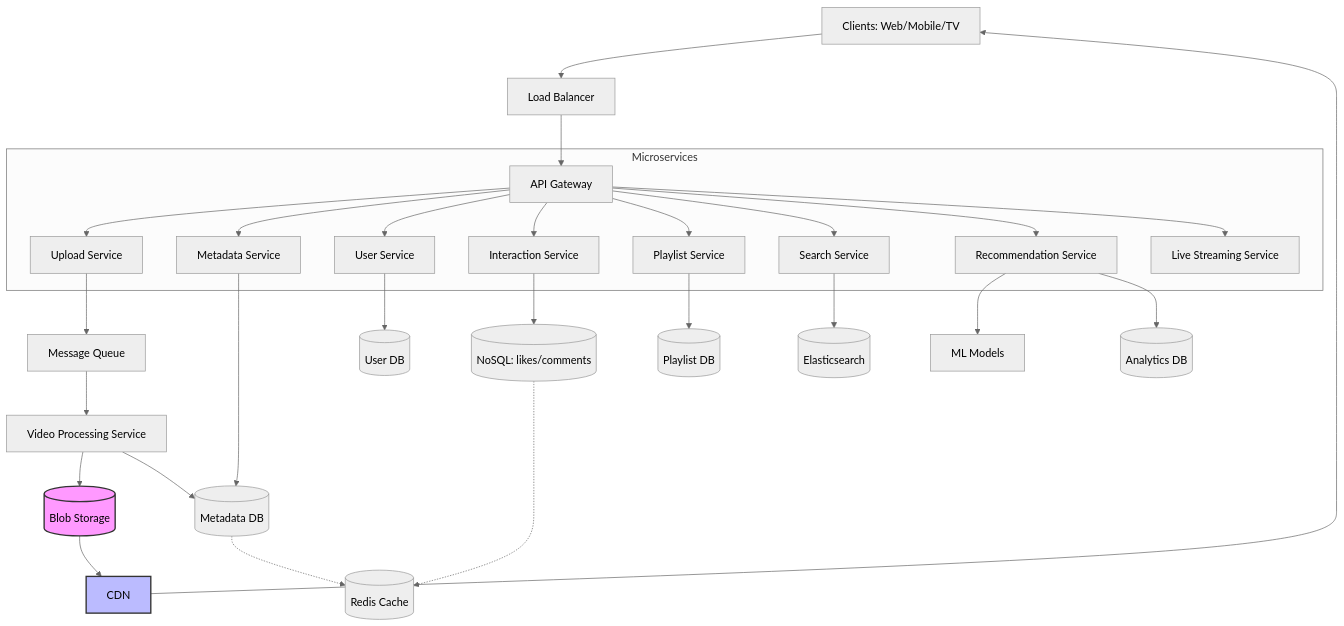
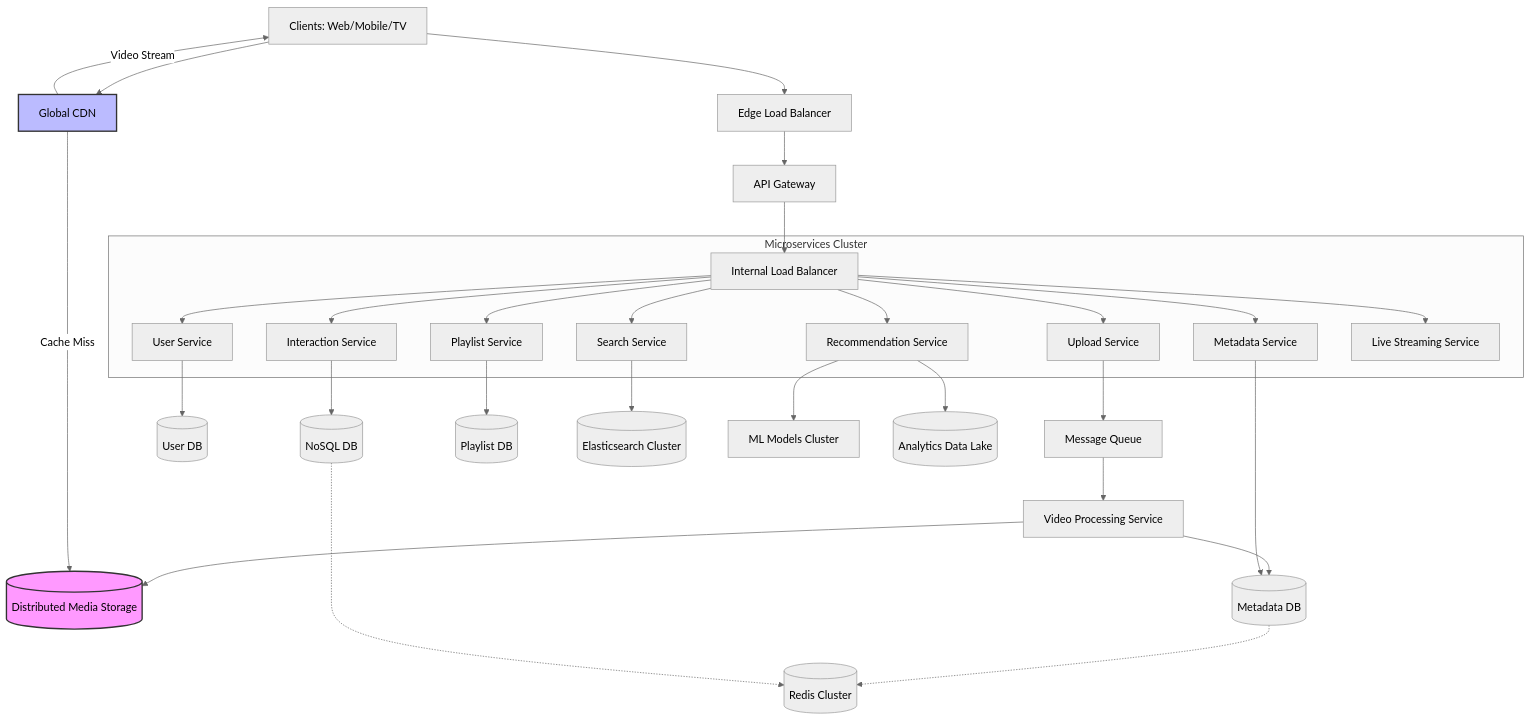
Before and after one commit to jwm1rr0rb10/FAANG-MANGO-interview: the first of 2 diagrams in backend/system-design/Consumer-ScaleSystem & Real-Time Features/Design YouTube /READMEru.md, drawn with Mermaid (neutral theme).

Commit message:
[FAANG/MANGO ] feat: upload new topics for system design and algo, bit manipulation and cryptography

````diff
--- a/backend/system-design/Consumer-ScaleSystem & Real-Time Features/Design YouTube /READMEru.md
+++ b/backend/system-design/Consumer-ScaleSystem & Real-Time Features/Design YouTube /READMEru.md
@@ -77,38 +77,46 @@
 ```mermaid
 graph TD
-    Client[Clients: Web/Mobile/TV] --> LB[Load Balancer]
-    LB --> API[API Gateway]
-    
-    subgraph "Microservices"
-        API --> Upload[Upload Service]
-        API --> Meta[Metadata Service]
-        API --> User[User Service]
-        API --> Interaction[Interaction Service]
-        API --> Playlist[Playlist Service]
-        API --> Search[Search Service]
-        API --> Rec[Recommendation Service]
-        API --> Live[Live Streaming Service]
+    Client[Clients: Web/Mobile/TV] --> EdgeLB[Edge Load Balancer]
+    EdgeLB --> APIGW[API Gateway]
+
+    APIGW --> InternalLB[Internal Load Balancer]
+
+    subgraph "Microservices Cluster"
+        InternalLB --> Upload[Upload Service]
+        InternalLB --> Meta[Metadata Service]
+        InternalLB --> User[User Service]
+        InternalLB --> Interaction[Interaction Service]
+        InternalLB --> Playlist[Playlist Service]
+        InternalLB --> Search[Search Service]
+        InternalLB --> Rec[Recommendation Service]
+        InternalLB --> Live[Live Streaming Service]
     end
-    
+
+    %% Upload pipeline
     Upload --> Queue[Message Queue]
     Queue --> Processor[Video Processing Service]
-    Processor --> BlobStore[(Blob Storage)]
+    Processor --> MediaStorage[(Distributed Media Storage)]
     Processor --> MetaDB[(Metadata DB)]
-    
-    BlobStore --> CDN[CDN]
-    CDN --> Client
-    
+
+    %% Video delivery path
+    Client --> CDN[Global CDN]
+    CDN -->|Cache Miss| MediaStorage
+    CDN -->|Video Stream| Client
+
+    %% Data services
     Meta --> MetaDB
     User --> UserDB[(User DB)]
-    Interaction --> NoSQL[(NoSQL: likes/comments)]
+    Interaction --> NoSQL[(NoSQL DB)]
     Playlist --> PlaylistDB[(Playlist DB)]
-    Search --> Elastic[(Elasticsearch)]
-    Rec --> ML[ML Models]
-    Rec --> Analytics[(Analytics DB)]
-    
-    MetaDB -.-> Cache[(Redis Cache)]
-    NoSQL -.-> Cache
-    
-    style BlobStore fill:#f9f,stroke:#333,stroke-width:2px
+    Search --> Elastic[(Elasticsearch Cluster)]
+    Rec --> ML[ML Models Cluster]
+    Rec --> Analytics[(Analytics Data Lake)]
+
+    %% Cache layer
+    MetaDB -.-> Redis[(Redis Cluster)]
+    NoSQL -.-> Redis
+
+    style MediaStorage fill:#f9f,stroke:#333,stroke-width:2px
     style CDN fill:#bbf,stroke:#333,stroke-width:2px
+
 ```
````
